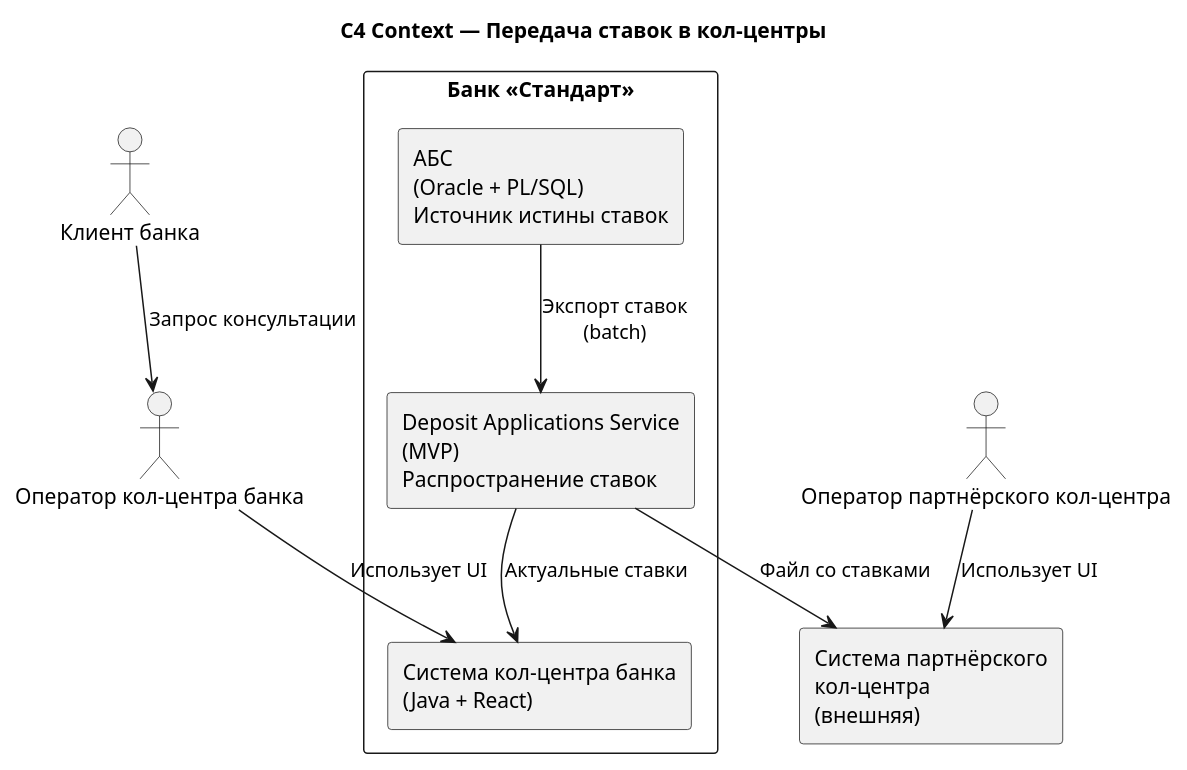
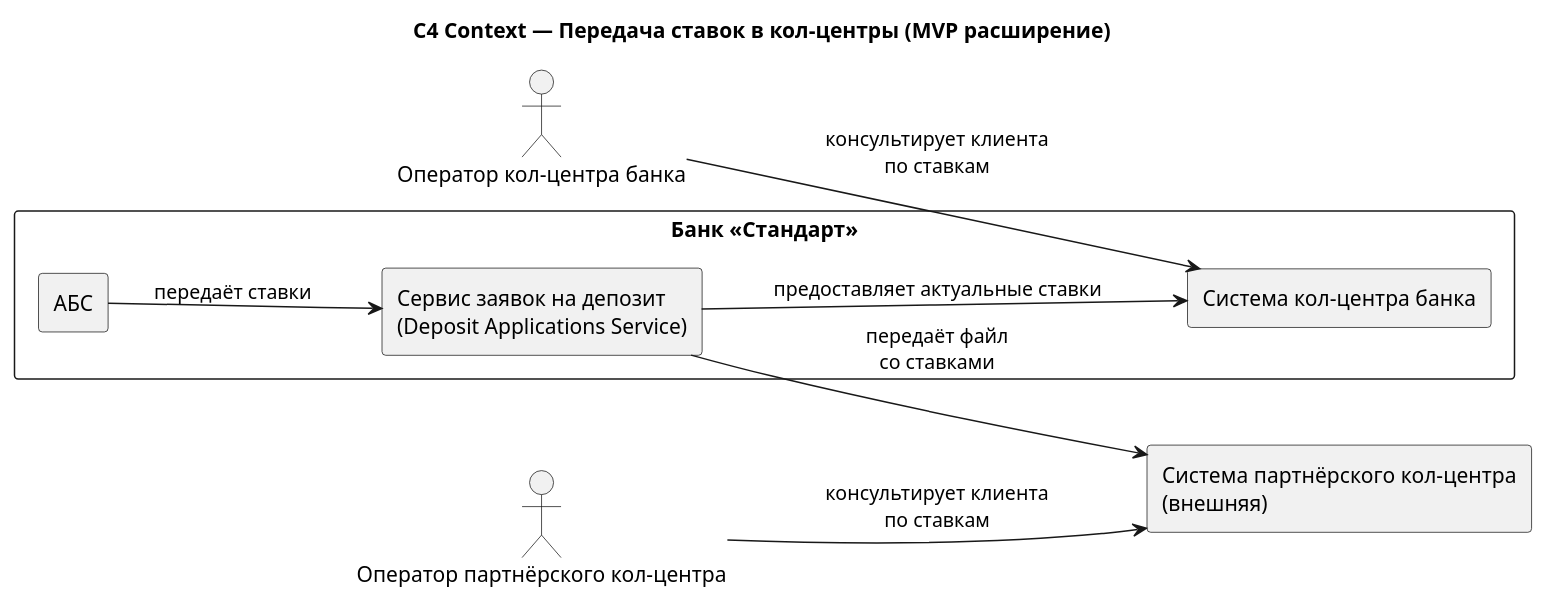
The diagram in task4/c4-context-rates-extension.puml (vladislavego/architecture-standart), drawn with PlantUML before and after one commit. The commit also changed 3 other files, not shown here.

```diff
--- a/task4/c4-context-rates-extension.puml
+++ b/task4/c4-context-rates-extension.puml
@@ -1,27 +1,24 @@
 @startuml
-title C4 Context — Передача ставок в кол-центры
+title C4 Context — Передача ставок в кол-центры (MVP расширение)
 
-actor "Клиент банка" as Customer
-actor "Оператор кол-центра банка" as CC_Operator
-actor "Оператор партнёрского кол-центра" as Partner_Operator
+left to right direction
+
+actor "Оператор кол-центра банка" as OpBank
+actor "Оператор партнёрского кол-центра" as OpPartner
 
 rectangle "Банк «Стандарт»" {
-
-  rectangle "АБС\n(Oracle + PL/SQL)\nИсточник истины ставок" as ABS
-
-  rectangle "Deposit Applications Service\n(MVP)\nРаспространение ставок" as DAS
-
-  rectangle "Система кол-центра банка\n(Java + React)" as CC_System
+  rectangle "АБС" as ABS
+  rectangle "Сервис заявок на депозит\n(Deposit Applications Service)" as DAS
+  rectangle "Система кол-центра банка" as CC
 }
 
-rectangle "Система партнёрского\nкол-центра\n(внешняя)" as Partner_CC
+rectangle "Система партнёрского кол-центра\n(внешняя)" as PCC
 
-Customer --> CC_Operator : Запрос консультации
-CC_Operator --> CC_System : Использует UI
-Partner_Operator --> Partner_CC : Использует UI
+OpBank --> CC : консультирует клиента\nпо ставкам
+OpPartner --> PCC : консультирует клиента\nпо ставкам
 
-ABS --> DAS : Экспорт ставок\n(batch)
-DAS --> CC_System : Актуальные ставки
-DAS --> Partner_CC : Файл со ставками
+ABS --> DAS : передаёт ставки
+DAS --> CC : предоставляет актуальные ставки
+DAS --> PCC : передаёт файл\nсо ставками
 
 @enduml
```
